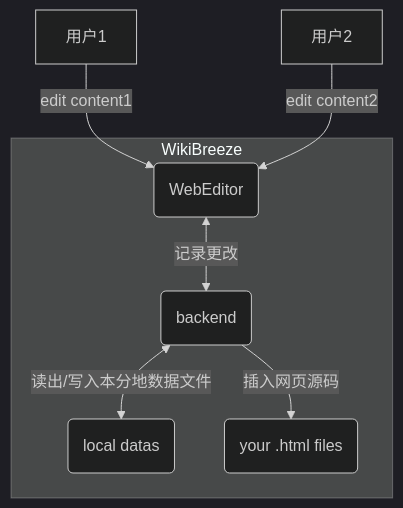
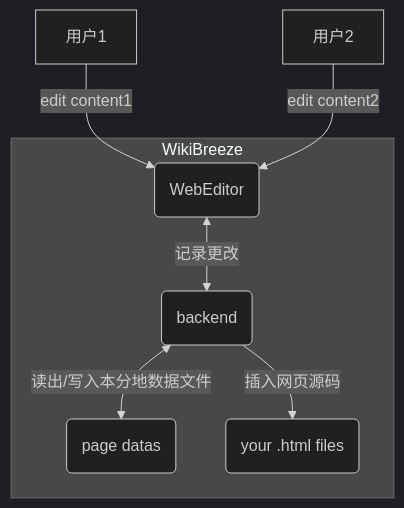
One commit to 950288/WikiBreeze changed the diagram in README_zh.md. Above: the diagram before and after it, drawn with Mermaid (dark theme). The commit also changed 3 other files, not shown here.

````diff
--- a/README_zh.md
+++ b/README_zh.md
@@ -70,10 +70,10 @@
 ```mermaid
 graph TB
     用户1 --edit content1--> WebEditor
     用户2 --edit content2--> WebEditor
     subgraph WikiBreeze
         WebEditor(WebEditor) <--记录更改--> backend(backend)
-        backend <--读出/写入本分地数据文件--> data(local datas)
+        backend <--读出/写入本分地数据文件--> data(page datas)
         backend --插入网页源码--> pages(your .html files)
     end
 ```
````
